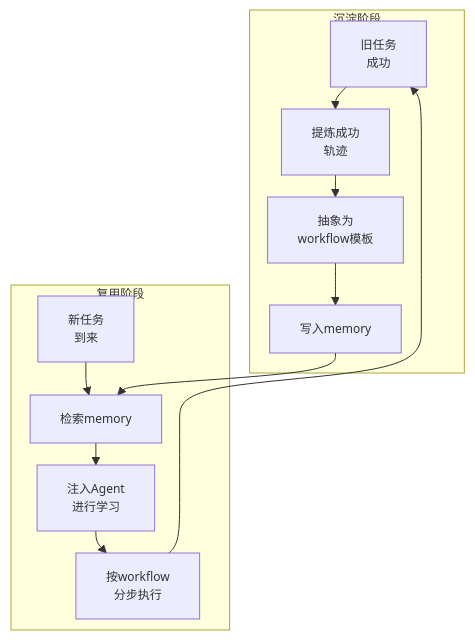
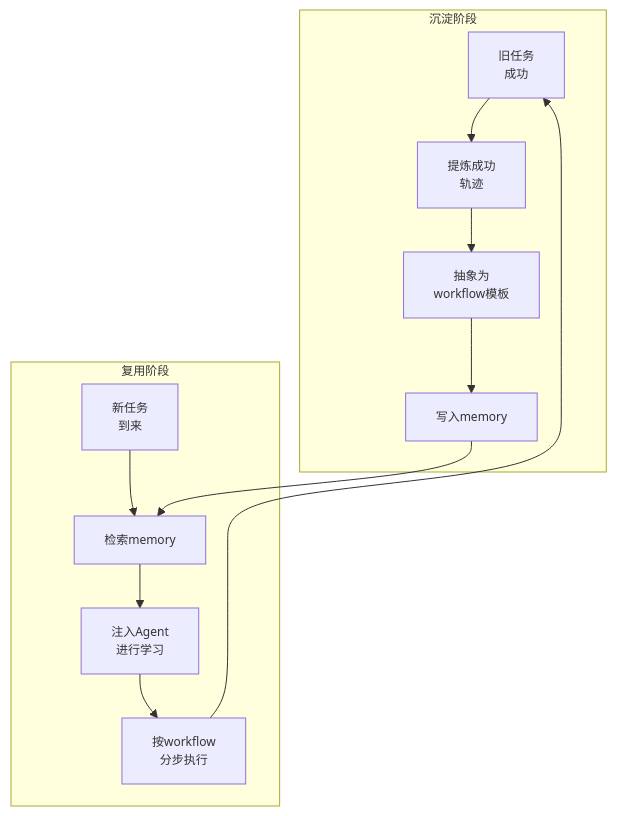
The diagram in README.md (maple0leaves/LeafBot), drawn with Mermaid before and after one commit.

Commit message:
docs: fix Mermaid subgraph title overlap
Adjust Mermaid spacing and padding in README to prevent the "沉淀阶段/复用阶段" subgraph titles from being covered by nodes.

Made-with: Cursor

````diff
--- a/README.md
+++ b/README.md
@@ -13,22 +13,27 @@
 ```mermaid
-%%{init: {'themeVariables': {'fontSize': '12px'}, 'flowchart': {'nodeSpacing': 16, 'rankSpacing': 22}} }%%
+%%{init: {'themeVariables': {'fontSize': '12px'}, 'flowchart': {'nodeSpacing': 24, 'rankSpacing': 44, 'diagramPadding': 8}} }%%
 flowchart TD
     subgraph saveFlow [沉淀阶段]
+        padS[" "]
         s1[旧任务<br/>成功]
         s2[提炼成功<br/>轨迹]
         s3[抽象为<br/>workflow模板]
         s4[写入memory]
         s1 --> s2 --> s3 --> s4
     end
 
     subgraph runFlow [复用阶段]
+        padR[" "]
         r1[新任务<br/>到来]
         r2[检索memory]
         r3[注入Agent<br/>进行学习]
         r4[按workflow<br/>分步执行]
         r1 --> r2 --> r3 --> r4
     end
 
+    style padS fill:transparent,stroke:transparent,color:transparent
+    style padR fill:transparent,stroke:transparent,color:transparent
+
     s4 --> r2
     r4 --> s1
 ```
````
